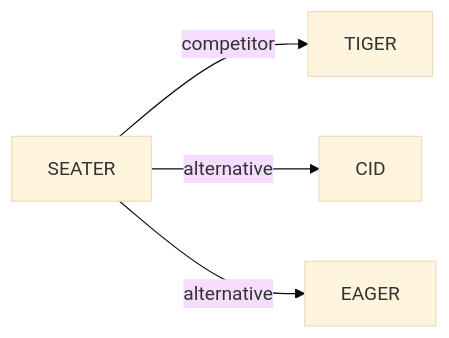
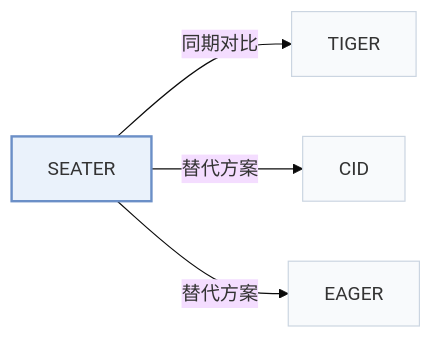
One commit to Galaxy-ghost/Awesome-SID-Generative-Rec changed the second of 2 diagrams in pages/zh/papers/seater.md. Above: the diagram before and after it, drawn with Mermaid (base theme). The commit also changed other lines of this file and 649 other files, not shown here.

Commit message:
writer-05: also tags and modality index (schema, check, build, visuals); summary field removed; calibration data for 12 papers

````diff
--- a/pages/zh/papers/seater.md
+++ b/pages/zh/papers/seater.md
@@ -69,7 +74,11 @@
 ```mermaid
 flowchart LR
     P["SEATER"]
-    P -->|competitor| A["TIGER"]
-    P -->|alternative| B["CID"]
-    P -->|alternative| C["EAGER"]
+    P -->|"同期对比"| A["TIGER"]
+    P -->|"替代方案"| B["CID"]
+    P -->|"替代方案"| C["EAGER"]
+    classDef main fill:#eaf2fb,stroke:#6b8fc7,stroke-width:2px
+    classDef peer fill:#f8fafc,stroke:#cbd5e1
+    class P main
+    class A,B,C peer
 ```
````
